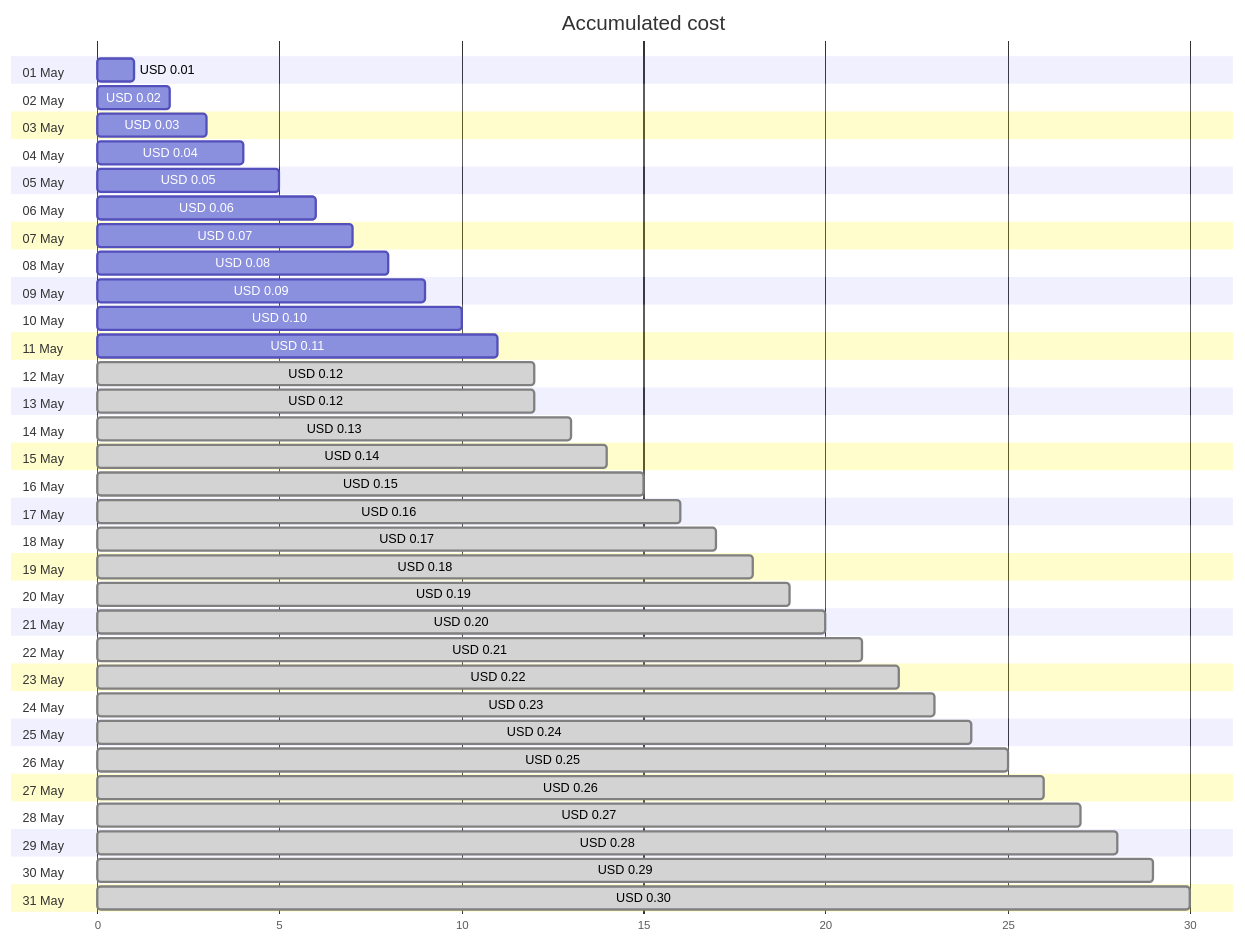
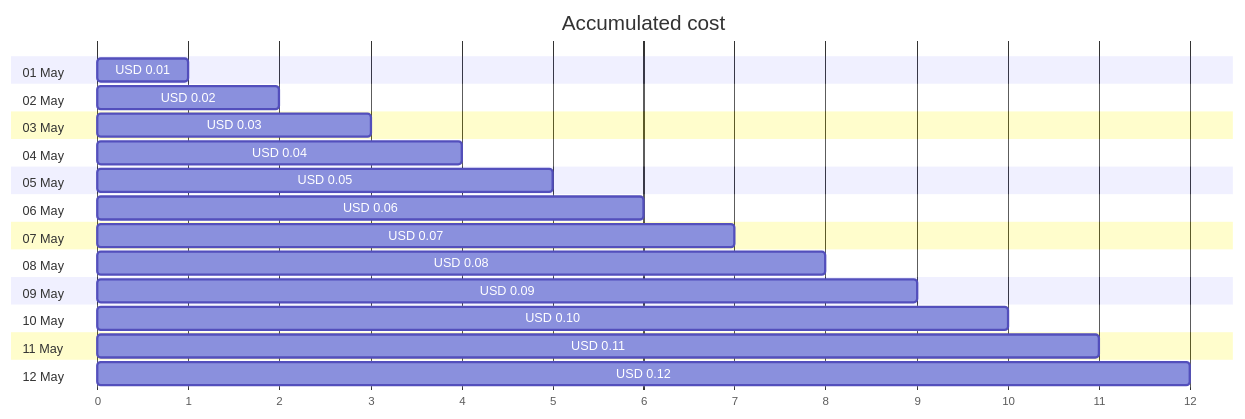
The first of 4 diagrams in cost-reports/cloud-shell-storage-eastus/cs2100300008c8d894b.md (jpfulton/azure-personal-reports), drawn with Mermaid before and after one commit. The commit also changed other lines of this file and 1 other file, not shown here.

Commit message:
Generated reports [skip ci]

````diff
--- a/cost-reports/cloud-shell-storage-eastus/cs2100300008c8d894b.md
+++ b/cost-reports/cloud-shell-storage-eastus/cs2100300008c8d894b.md
@@ -20,68 +20,30 @@
 ```mermaid
 gantt
    title Accumulated cost
    dateFormat  X
    axisFormat %s
    section 01 May
    USD 0.01 :0, 1
    section 02 May
    USD 0.02 :0, 2
    section 03 May
    USD 0.03 :0, 3
    section 04 May
    USD 0.04 :0, 4
    section 05 May
    USD 0.05 :0, 5
    section 06 May
    USD 0.06 :0, 6
    section 07 May
    USD 0.07 :0, 7
    section 08 May
    USD 0.08 :0, 8
    section 09 May
    USD 0.09 :0, 9
    section 10 May
    USD 0.10 :0, 10
    section 11 May
    USD 0.11 :0, 11
    section 12 May
-   USD 0.12 : done, 0, 12
-   section 13 May
-   USD 0.12 : done, 0, 12
-   section 14 May
-   USD 0.13 : done, 0, 13
-   section 15 May
-   USD 0.14 : done, 0, 14
-   section 16 May
-   USD 0.15 : done, 0, 15
-   section 17 May
-   USD 0.16 : done, 0, 16
-   section 18 May
-   USD 0.17 : done, 0, 17
-   section 19 May
-   USD 0.18 : done, 0, 18
-   section 20 May
-   USD 0.19 : done, 0, 19
-   section 21 May
-   USD 0.20 : done, 0, 20
-   section 22 May
-   USD 0.21 : done, 0, 21
-   section 23 May
-   USD 0.22 : done, 0, 22
-   section 24 May
-   USD 0.23 : done, 0, 23
-   section 25 May
-   USD 0.24 : done, 0, 24
-   section 26 May
-   USD 0.25 : done, 0, 25
-   section 27 May
-   USD 0.26 : done, 0, 26
-   section 28 May
-   USD 0.27 : done, 0, 27
-   section 29 May
-   USD 0.28 : done, 0, 28
-   section 30 May
-   USD 0.29 : done, 0, 29
-   section 31 May
-   USD 0.30 : done, 0, 30
+   USD 0.12 :0, 12
 ```
````
